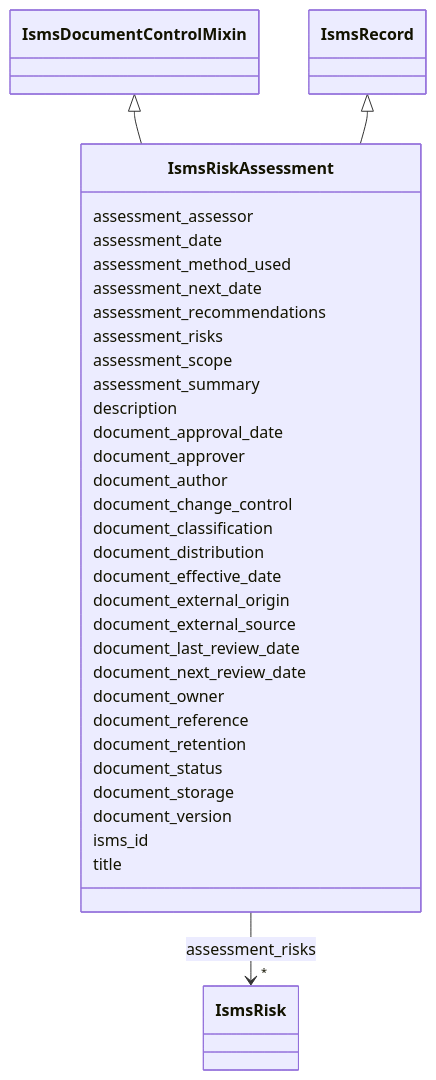
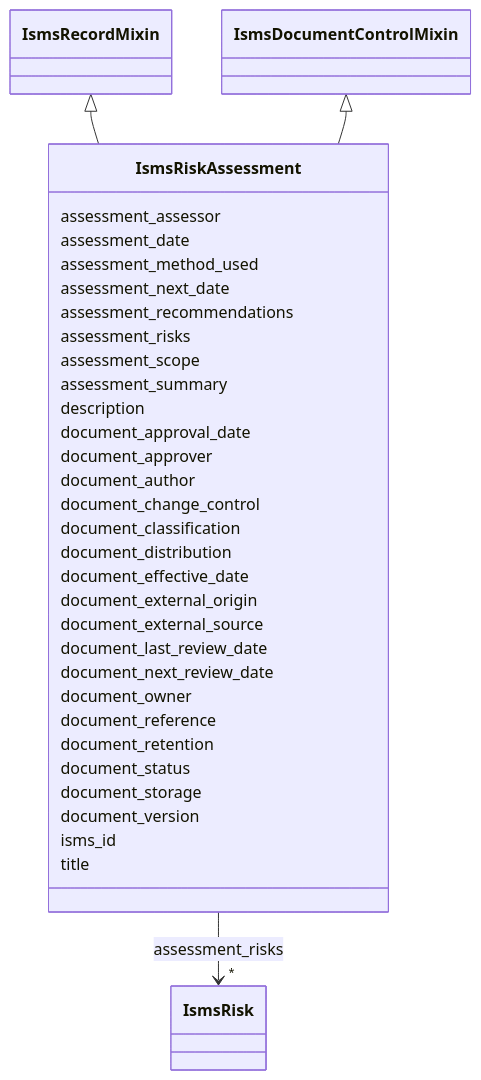
Before and after one commit to lmodel/iso27001: the diagram in project/mermaid/IsmsRiskAssessment.md, drawn with Mermaid. The commit also changed 171 other files, not shown here.

Commit message:
refactor(schema): make the record base a mixin so adapt can root records

````diff
--- a/project/mermaid/IsmsRiskAssessment.md
+++ b/project/mermaid/IsmsRiskAssessment.md
@@ -4,76 +4,76 @@
 ```mermaid
  classDiagram
     class IsmsRiskAssessment
     click IsmsRiskAssessment href "../IsmsRiskAssessment"
+      IsmsRecordMixin <|-- IsmsRiskAssessment
+        click IsmsRecordMixin href "../IsmsRecordMixin"
       IsmsDocumentControlMixin <|-- IsmsRiskAssessment
         click IsmsDocumentControlMixin href "../IsmsDocumentControlMixin"
-      IsmsRecord <|-- IsmsRiskAssessment
-        click IsmsRecord href "../IsmsRecord"
       
       IsmsRiskAssessment : assessment_assessor
         
       IsmsRiskAssessment : assessment_date
         
       IsmsRiskAssessment : assessment_method_used
         
       IsmsRiskAssessment : assessment_next_date
         
       IsmsRiskAssessment : assessment_recommendations
         
       IsmsRiskAssessment : assessment_risks
         
           
     
         
         
         IsmsRiskAssessment --> "*" IsmsRisk : assessment_risks
         click IsmsRisk href "../IsmsRisk"
     
 
         
       IsmsRiskAssessment : assessment_scope
         
       IsmsRiskAssessment : assessment_summary
         
       IsmsRiskAssessment : description
         
       IsmsRiskAssessment : document_approval_date
         
       IsmsRiskAssessment : document_approver
         
       IsmsRiskAssessment : document_author
         
       IsmsRiskAssessment : document_change_control
         
       IsmsRiskAssessment : document_classification
         
       IsmsRiskAssessment : document_distribution
         
       IsmsRiskAssessment : document_effective_date
         
       IsmsRiskAssessment : document_external_origin
         
       IsmsRiskAssessment : document_external_source
         
       IsmsRiskAssessment : document_last_review_date
         
       IsmsRiskAssessment : document_next_review_date
         
       IsmsRiskAssessment : document_owner
         
       IsmsRiskAssessment : document_reference
         
       IsmsRiskAssessment : document_retention
         
       IsmsRiskAssessment : document_status
         
       IsmsRiskAssessment : document_storage
         
       IsmsRiskAssessment : document_version
         
       IsmsRiskAssessment : isms_id
         
       IsmsRiskAssessment : title
         
       
 ```
````
